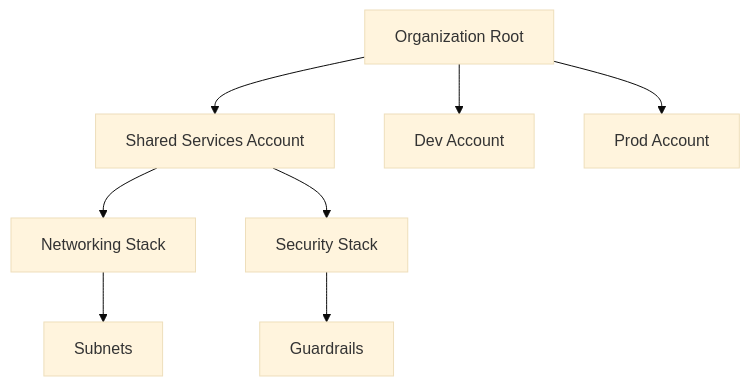
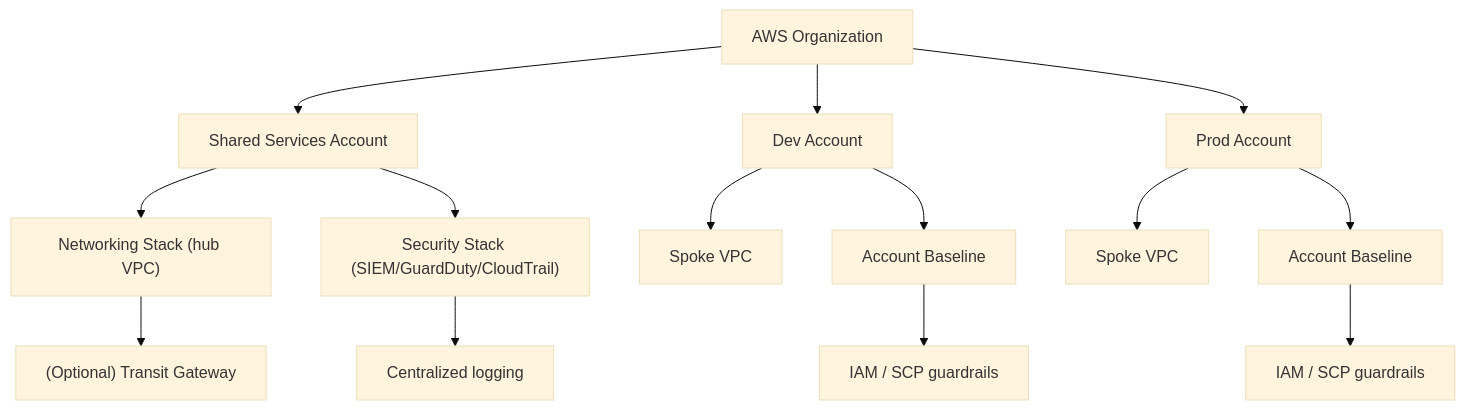
Before and after one commit to C-Tech-Labs/iac-aws-landing-zone: the diagram in README.md, drawn with Mermaid (base theme). The commit also changed other lines of this file and 13 other files, not shown here.

Commit message:
Add comprehensive VPC endpoints to networking module

````diff
--- a/README.md
+++ b/README.md
@@ -10,11 +42,21 @@
 ```mermaid
 graph TD
-    Root["Organization Root"]
-    Root --> Shared["Shared Services Account"]
-    Root --> Dev["Dev Account"]
-    Root --> Prod["Prod Account"]
-    Shared --> VPC["Networking Stack"]
-    Shared --> Security["Security Stack"]
-    VPC --> Subnets
-    Security --> Guardrails
+    Org["AWS Organization"] --> Shared["Shared Services Account"]
+    Org --> Dev["Dev Account"]
+    Org --> Prod["Prod Account"]
+
+    Shared --> Network["Networking Stack (hub VPC)"]
+    Shared --> SecHub["Security Stack (SIEM/GuardDuty/CloudTrail)"]
+
+    Dev --> DevVPC["Spoke VPC"]
+    Prod --> ProdVPC["Spoke VPC"]
+
+    Dev --> DevBaseline["Account Baseline"]
+    Prod --> ProdBaseline["Account Baseline"]
+
+    DevBaseline --> DevGuardrails["IAM / SCP guardrails"]
+    ProdBaseline --> ProdGuardrails["IAM / SCP guardrails"]
+
+    SecHub --> Logging["Centralized logging"]
+    Network --> TransitGW["(Optional) Transit Gateway"]
 ```
````
